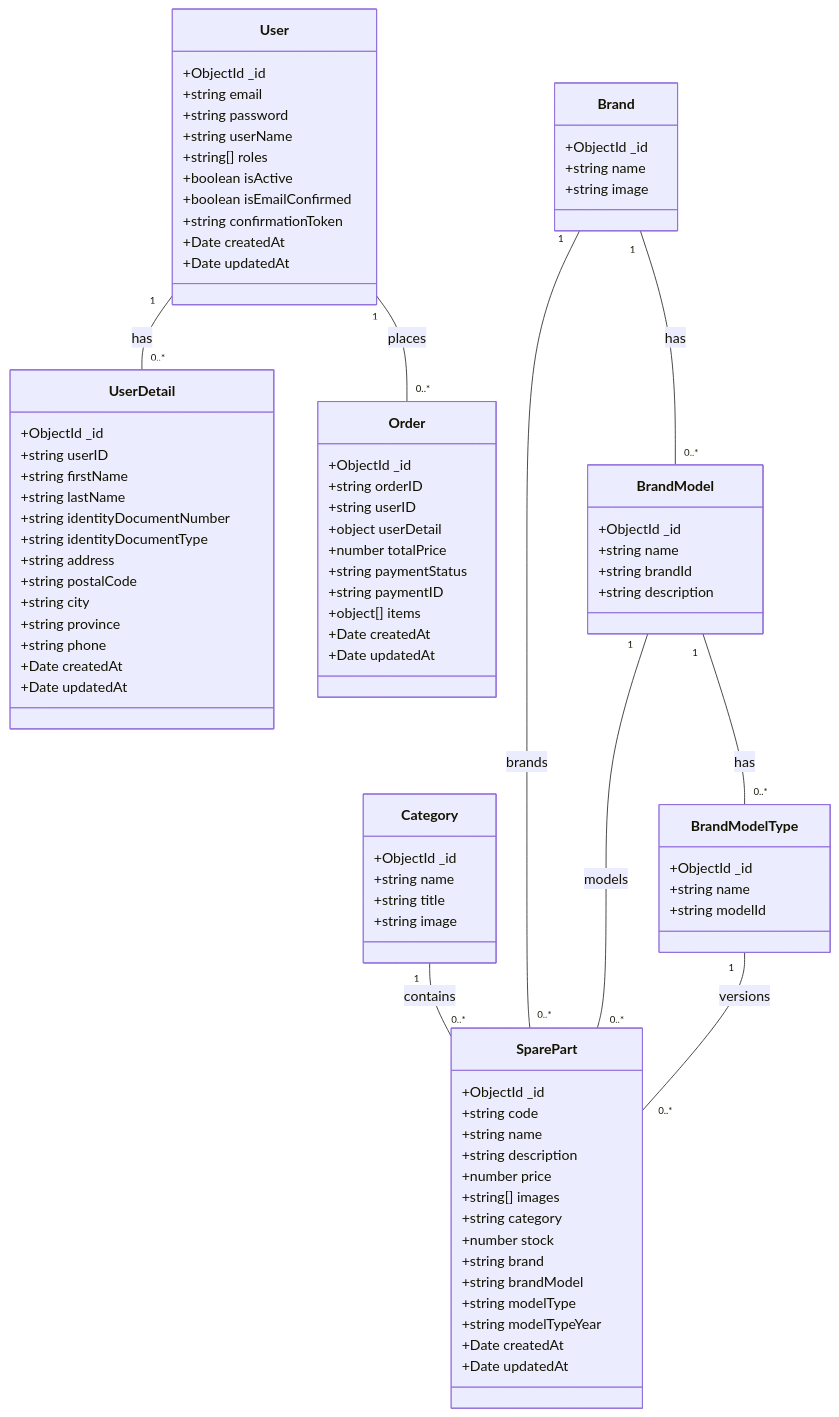
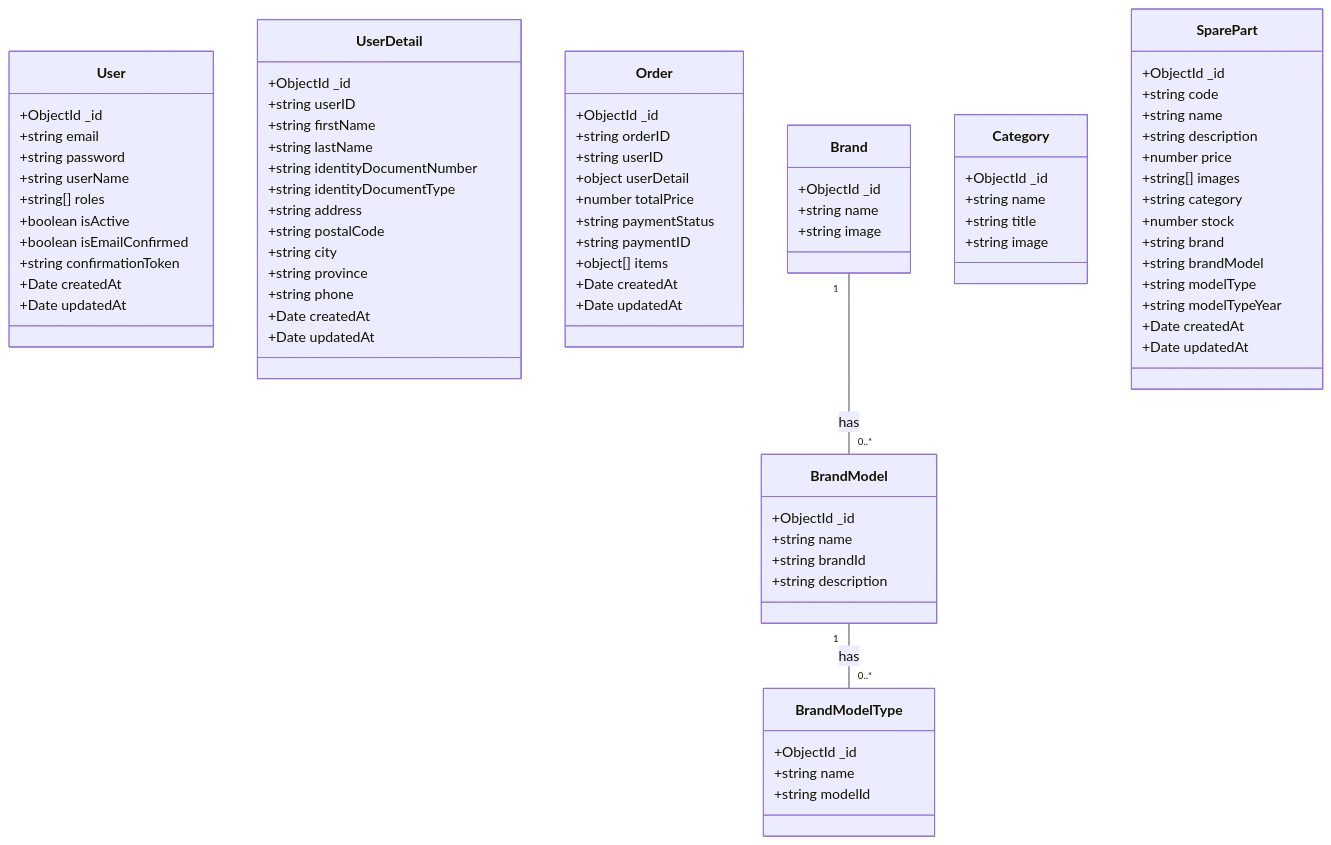
One commit to MegalLink/vehicular-backend changed the diagram in DATABASE.md. Above: the diagram before and after it, drawn with Mermaid. The commit also changed other lines of this file, not shown here.

Commit message:
Change md diagram database

````diff
--- a/DATABASE.md
+++ b/DATABASE.md
@@ -89,12 +89,6 @@
         +Date updatedAt
     }
     
-    User "1" -- "0..*" UserDetail : has
-    User "1" -- "0..*" Order : places
     Brand "1" -- "0..*" BrandModel : has
     BrandModel "1" -- "0..*" BrandModelType : has
-    Category "1" -- "0..*" SparePart : contains
-    Brand "1" -- "0..*" SparePart : brands
-    BrandModel "1" -- "0..*" SparePart : models
-    BrandModelType "1" -- "0..*" SparePart : versions
 ```
````
